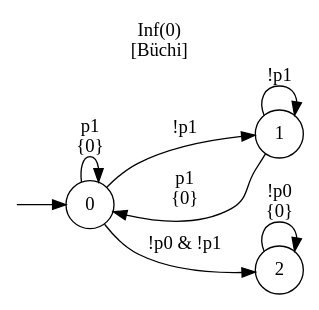
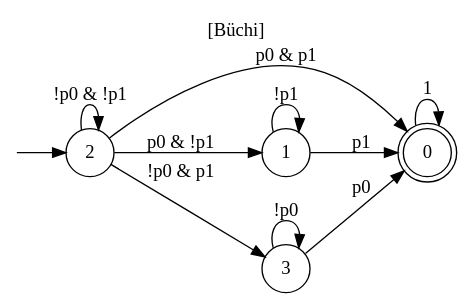
Before and after one commit to jrourke48/HMRTA_TS_GENERATION: the diagram in output/buchi_automaton_test.dot, drawn with Graphviz. The commit also changed 15 other files, not shown here.

```diff
--- a/output/buchi_automaton_test.dot
+++ b/output/buchi_automaton_test.dot
@@ -1,17 +1,21 @@
 digraph "" {
   rankdir=LR
-  label="Inf(0)\n[Büchi]"
+  label="[Büchi]"
   labelloc="t"
   node [shape="circle"]
   I [label="", style=invis, width=0]
-  I -> 0
-  0 [label="0"]
-  0 -> 0 [label="p1\n{0}"]
-  0 -> 1 [label="!p1"]
-  0 -> 2 [label="!p0 & !p1"]
+  I -> 2
+  0 [label="0", peripheries=2]
+  0 -> 0 [label="1"]
   1 [label="1"]
-  1 -> 0 [label="p1\n{0}"]
+  1 -> 0 [label="p1"]
   1 -> 1 [label="!p1"]
   2 [label="2"]
-  2 -> 2 [label="!p0\n{0}"]
+  2 -> 0 [label="p0 & p1"]
+  2 -> 1 [label="p0 & !p1"]
+  2 -> 2 [label="!p0 & !p1"]
+  2 -> 3 [label="!p0 & p1"]
+  3 [label="3"]
+  3 -> 0 [label="p0"]
+  3 -> 3 [label="!p0"]
 }
```
